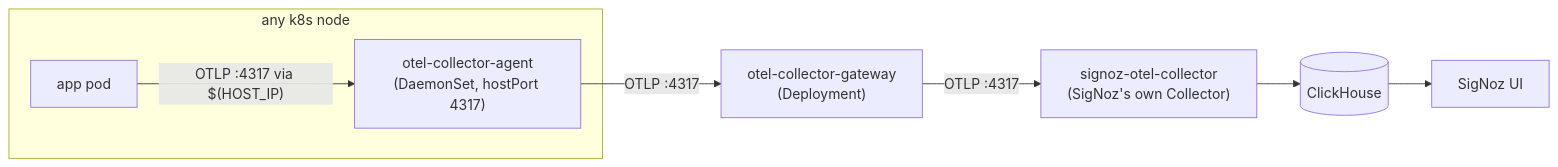
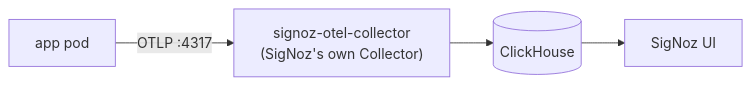
One commit to skarj/learn-otel changed the diagram in docs/observability-guide.md. Above: the diagram before and after it, drawn with Mermaid. The commit also changed other lines of this file, not shown here.

````diff
--- a/docs/observability-guide.md
+++ b/docs/observability-guide.md
@@ -133,10 +133,6 @@
 ```mermaid
 flowchart LR
-    subgraph Node["any k8s node"]
-        APP["app pod"] -->|"OTLP :4317 via $(HOST_IP)"| AGENT["otel-collector-agent\n(DaemonSet, hostPort 4317)"]
-    end
-    AGENT -->|"OTLP :4317"| GW["otel-collector-gateway\n(Deployment)"]
-    GW -->|"OTLP :4317"| SC["signoz-otel-collector\n(SigNoz's own Collector)"]
+    APP["app pod"] -->|"OTLP :4317"| SC["signoz-otel-collector\n(SigNoz's own Collector)"]
     SC --> CH[(ClickHouse)]
     CH --> UI[SigNoz UI]
 ```
````
